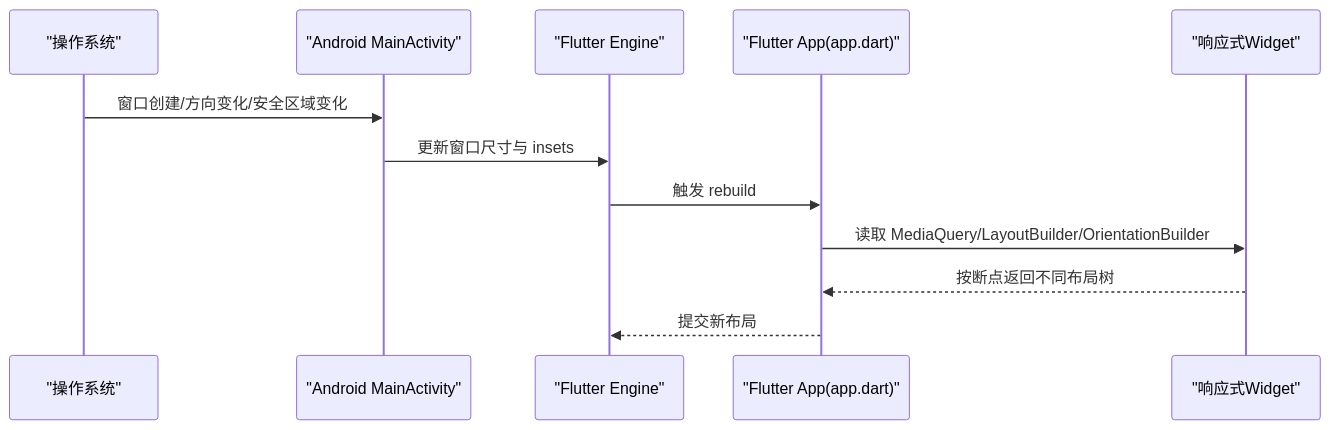
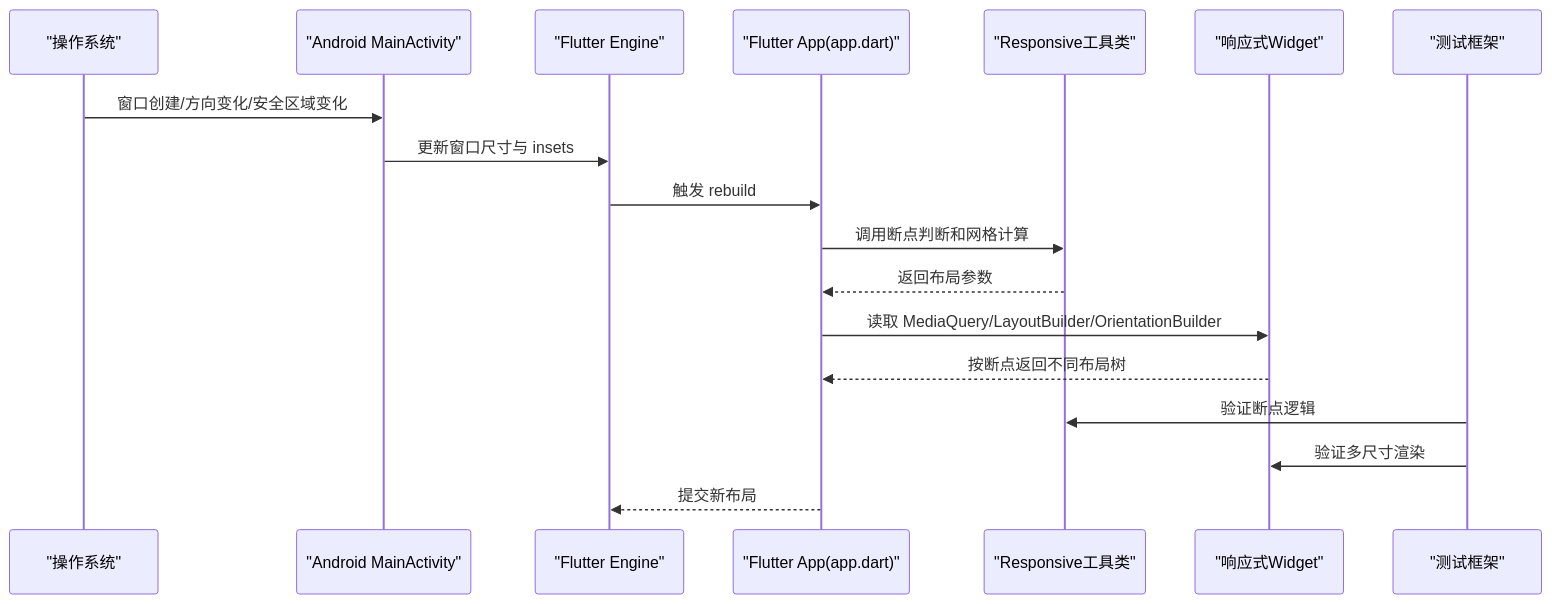
The second of 4 diagrams in .qoder/repowiki/zh/content/Flutter跨平台应用/UI组件系统/响应式布局.md (ZhangGHGitHub/LegadoTeamFlutter), drawn with Mermaid before and after one commit. The commit also changed other lines of this file and 173 other files, not shown here.

````diff
--- a/.qoder/repowiki/zh/content/Flutter跨平台应用/UI组件系统/响应式布局.md
+++ b/.qoder/repowiki/zh/content/Flutter跨平台应用/UI组件系统/响应式布局.md
@@ -84,14 +122,20 @@
 ```mermaid
 sequenceDiagram
 participant OS as "操作系统"
 participant Android as "Android MainActivity"
 participant Flutter as "Flutter Engine"
 participant App as "Flutter App(app.dart)"
+participant Responsive as "Responsive工具类"
 participant Widget as "响应式Widget"
+participant Test as "测试框架"
 OS->>Android : 窗口创建/方向变化/安全区域变化
 Android->>Flutter : 更新窗口尺寸与 insets
 Flutter->>App : 触发 rebuild
+App->>Responsive : 调用断点判断和网格计算
+Responsive-->>App : 返回布局参数
 App->>Widget : 读取 MediaQuery/LayoutBuilder/OrientationBuilder
 Widget-->>App : 按断点返回不同布局树
+Test->>Responsive : 验证断点逻辑
+Test->>Widget : 验证多尺寸渲染
 App-->>Flutter : 提交新布局
 ```
````
